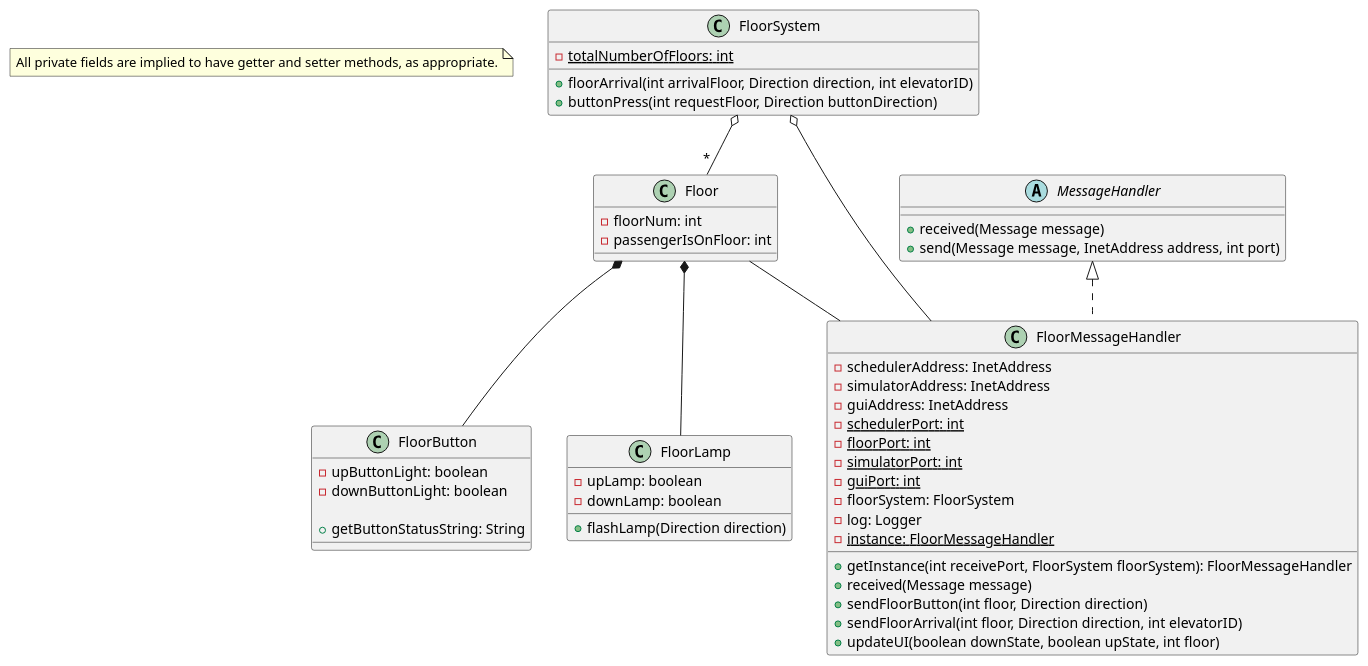
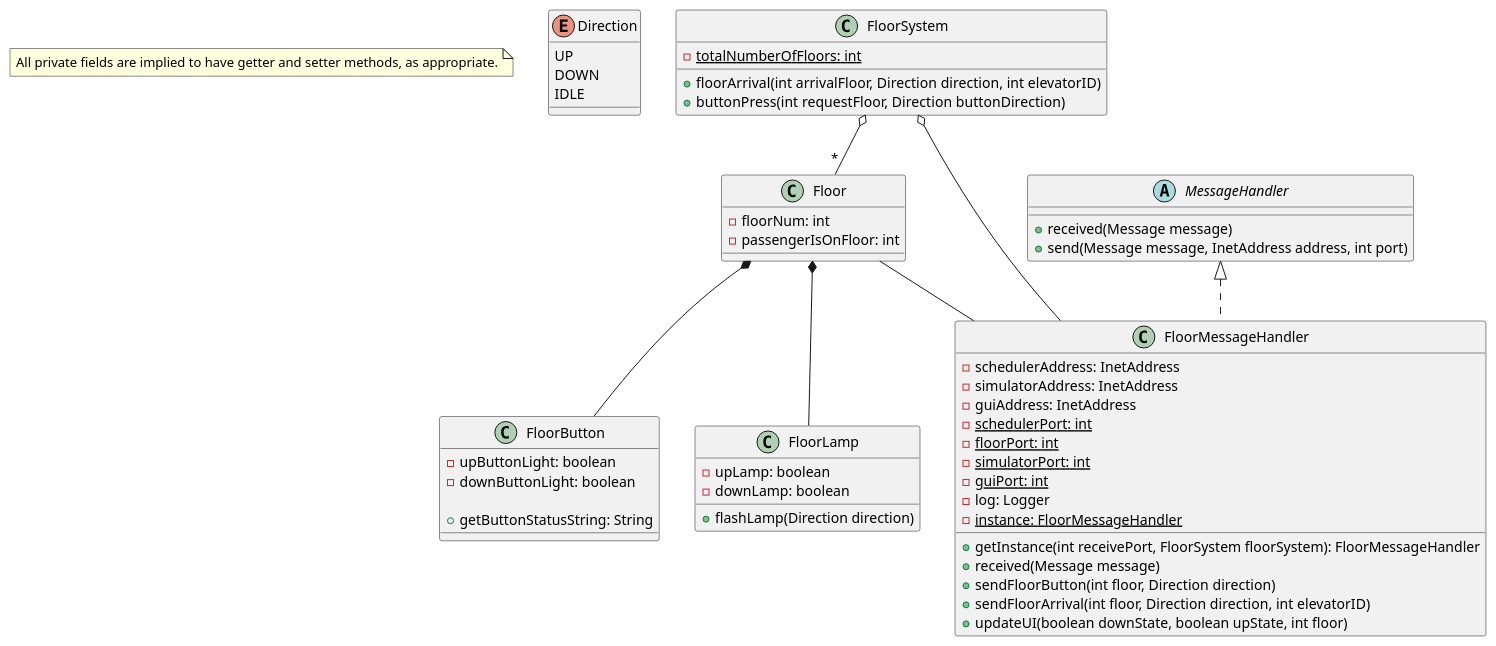
One commit to JoshuaSFryer/3303-L4G5 changed the diagram in doc/diagrams/ClassDiagrams/FloorClassDiagram.puml. Above: the diagram before and after it, drawn with PlantUML. The commit also changed 9 other files, not shown here.

Commit message:
Create class diagram for communications protocol

```diff
--- a/doc/diagrams/ClassDiagrams/FloorClassDiagram.puml
+++ b/doc/diagrams/ClassDiagrams/FloorClassDiagram.puml
@@ -1,66 +1,70 @@
 @startuml
 
 note "All private fields are implied to have getter and setter methods, as appropriate." as N1
 
+enum Direction {
+    UP
+    DOWN
+    IDLE
+}
 
 class FloorSystem {
     -{static} totalNumberOfFloors: int
 
     +floorArrival(int arrivalFloor, Direction direction, int elevatorID)
     +buttonPress(int requestFloor, Direction buttonDirection)
 }
 
 class Floor {
     -floorNum: int
     -passengerIsOnFloor: int
 }
 
 class FloorButton {
     -upButtonLight: boolean
     -downButtonLight: boolean
 
     +getButtonStatusString: String
 }
 
 class FloorLamp {
     -upLamp: boolean
     -downLamp: boolean
 
     +flashLamp(Direction direction)
 }
 
 class FloorMessageHandler {
     -schedulerAddress: InetAddress
     -simulatorAddress: InetAddress
     -guiAddress: InetAddress
     -{static} schedulerPort: int
     -{static} floorPort: int
     -{static} simulatorPort: int
     -{static} guiPort: int
-    -floorSystem: FloorSystem
     -log: Logger
     -{static} instance: FloorMessageHandler
 
     +getInstance(int receivePort, FloorSystem floorSystem): FloorMessageHandler
     +received(Message message)
     +sendFloorButton(int floor, Direction direction)
     +sendFloorArrival(int floor, Direction direction, int elevatorID)
     +updateUI(boolean downState, boolean upState, int floor)
 }
 
 abstract class MessageHandler {
     +received(Message message)
     +send(Message message, InetAddress address, int port)
 }
 
 Floor *-- FloorButton
 Floor *-- FloorLamp
 Floor -- FloorMessageHandler
 
 FloorSystem o-- "*" Floor
 FloorSystem o-- FloorMessageHandler
 
 MessageHandler <|.. FloorMessageHandler
 
 
 @enduml
```
